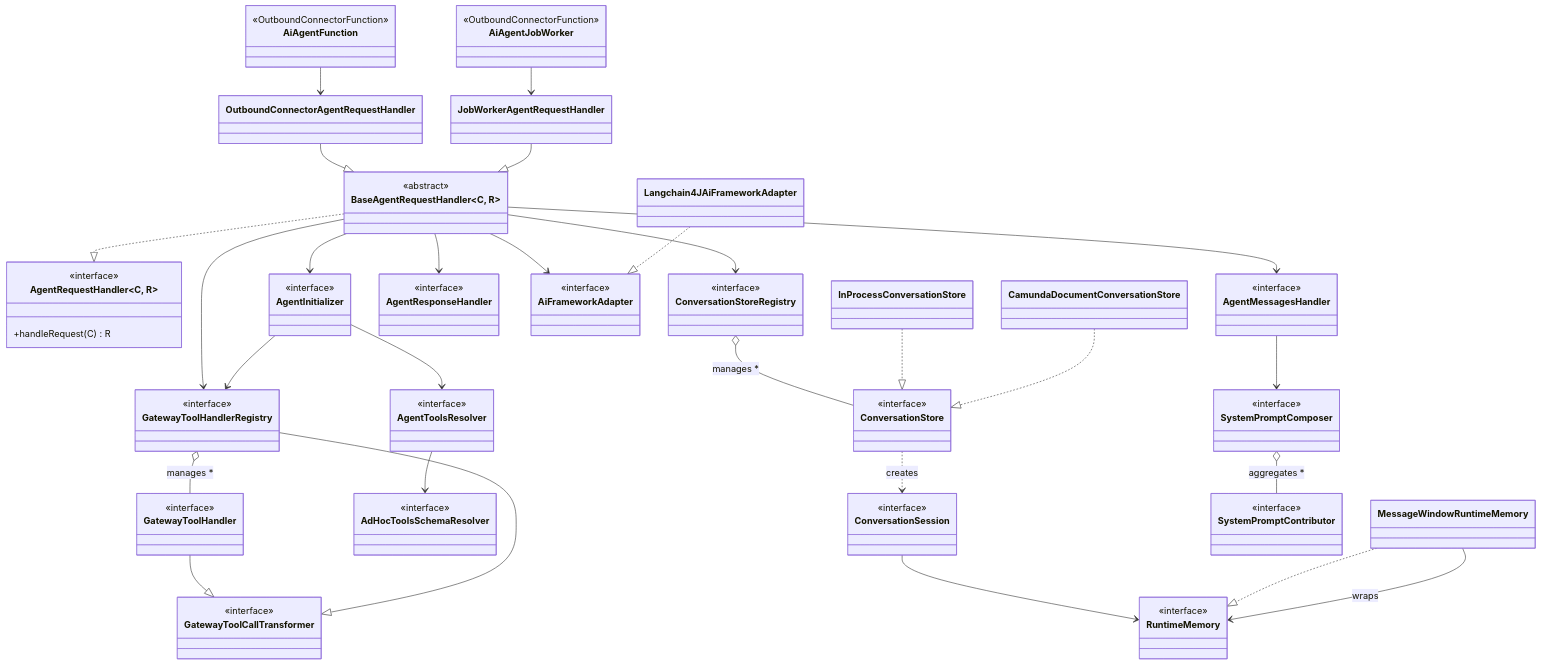
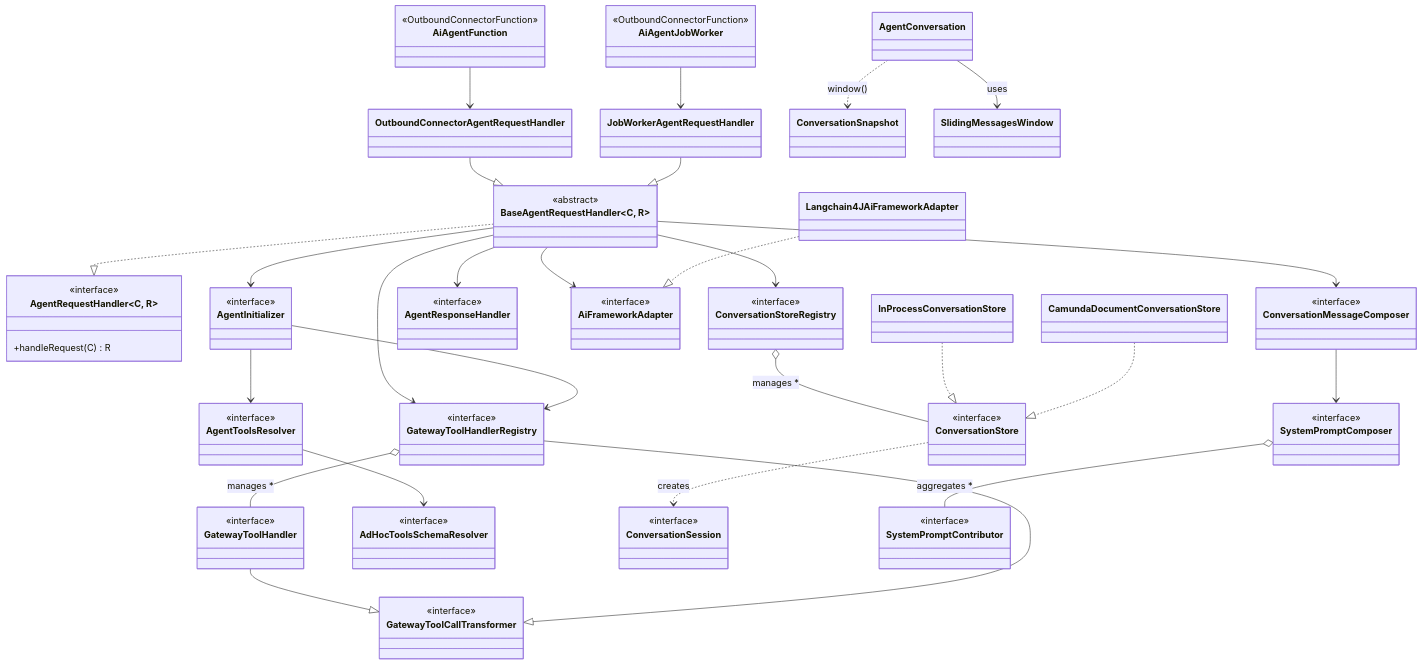
One commit to camunda/connectors changed the diagram in connectors/agentic-ai/docs/reference/ai-agent.md. Above: the diagram before and after it, drawn with Mermaid. The commit also changed other lines of this file and 25 other files, not shown here.

Commit message:
refactor: Introduce domain oriented concept around the message processing of the agent conversation

```diff
--- a/connectors/agentic-ai/docs/reference/ai-agent.md
+++ b/connectors/agentic-ai/docs/reference/ai-agent.md
@@ -1132,7 +1137,7 @@
     class AgentInitializer {
         <<interface>>
     }
-    class AgentMessagesHandler {
+    class ConversationMessageComposer {
         <<interface>>
     }
     class AgentResponseHandler {
@@ -1140,7 +1145,7 @@
     }
 
     BaseAgentRequestHandler --> AgentInitializer
-    BaseAgentRequestHandler --> AgentMessagesHandler
+    BaseAgentRequestHandler --> ConversationMessageComposer
     BaseAgentRequestHandler --> AiFrameworkAdapter
     BaseAgentRequestHandler --> AgentResponseHandler
     BaseAgentRequestHandler --> ConversationStoreRegistry
@@ -1183,10 +1188,9 @@
     class ConversationSession {
         <<interface>>
     }
-    class RuntimeMemory {
-        <<interface>>
-    }
-    class MessageWindowRuntimeMemory
+    class AgentConversation
+    class ConversationSnapshot
+    class SlidingMessagesWindow
     class InProcessConversationStore
     class CamundaDocumentConversationStore
 
@@ -1194,9 +1198,8 @@
     InProcessConversationStore ..|> ConversationStore
     CamundaDocumentConversationStore ..|> ConversationStore
     ConversationStore ..> ConversationSession : creates
-    ConversationSession --> RuntimeMemory
-    MessageWindowRuntimeMemory ..|> RuntimeMemory
-    MessageWindowRuntimeMemory --> RuntimeMemory : wraps
+    AgentConversation ..> ConversationSnapshot : window()
+    AgentConversation --> SlidingMessagesWindow : uses
 
     %% --- System prompt composition ---
     class SystemPromptComposer {
@@ -1206,7 +1209,7 @@
         <<interface>>
     }
 
-    AgentMessagesHandler --> SystemPromptComposer
+    ConversationMessageComposer --> SystemPromptComposer
     SystemPromptComposer o-- SystemPromptContributor : aggregates *
 
     %% --- Framework abstraction ---
```
